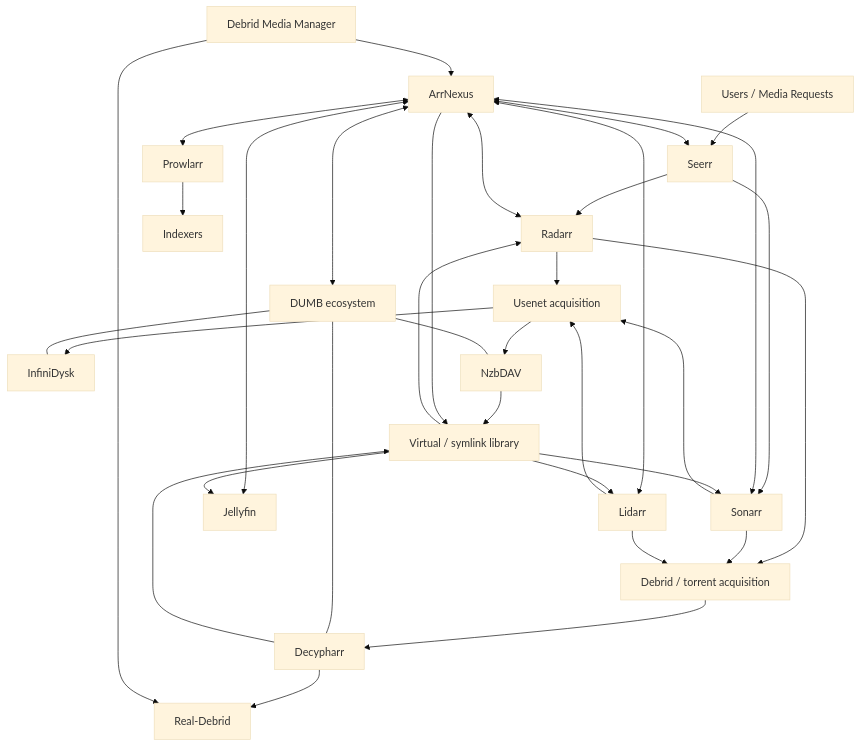
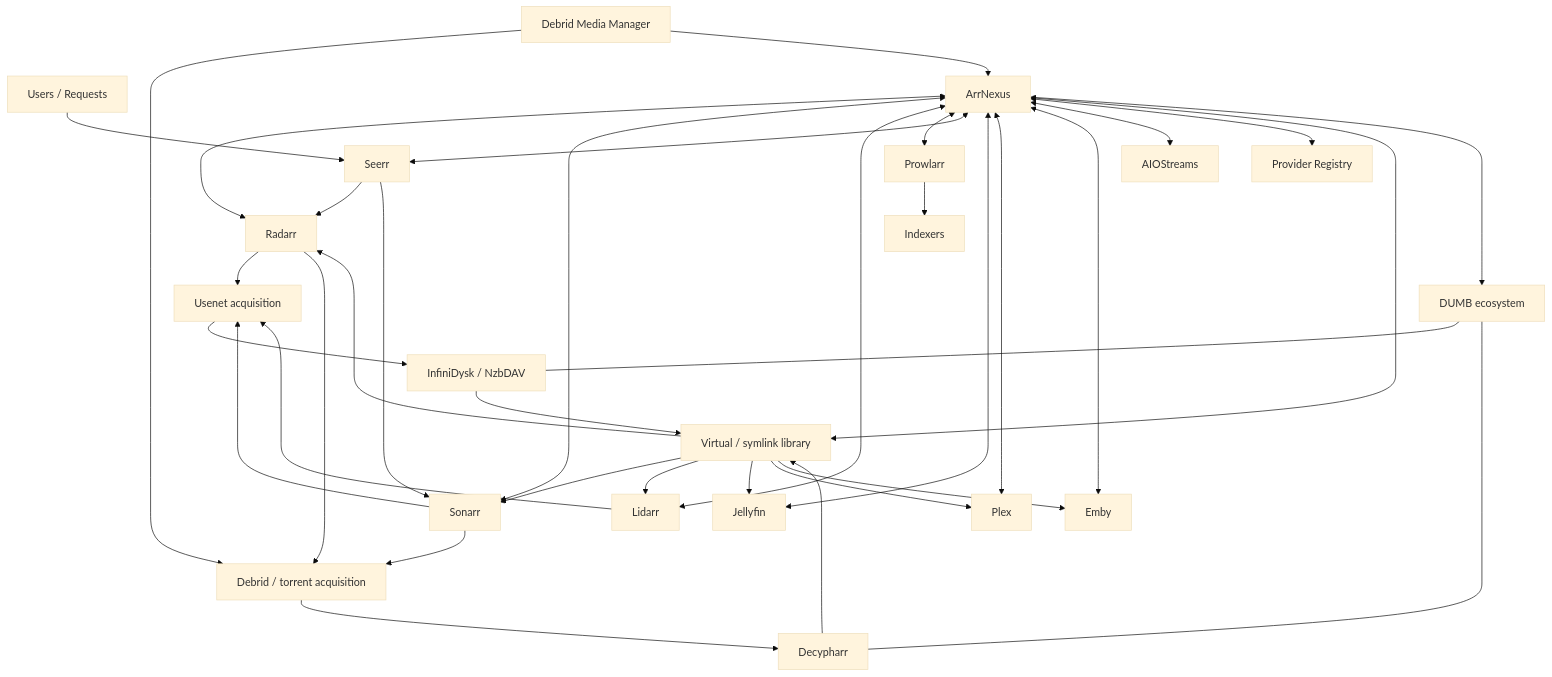
The diagram in README.md (Fudmonk95/ArrNexus), drawn with Mermaid (base theme) before and after one commit. The commit also changed other lines of this file and 108 other files, not shown here.

````diff
--- a/README.md
+++ b/README.md
@@ -61,46 +124,49 @@
 ```mermaid
 flowchart TD
-    USER[Users / Media Requests] --> SEERR[Seerr]
+    USERS[Users / Requests] --> SEERR[Seerr]
     SEERR --> RADARR[Radarr]
     SEERR --> SONARR[Sonarr]
 
     ARRNEXUS[ArrNexus] <--> RADARR
     ARRNEXUS <--> SONARR
     ARRNEXUS <--> LIDARR[Lidarr]
     ARRNEXUS <--> PROWLARR[Prowlarr]
     ARRNEXUS <--> SEERR
-    ARRNEXUS <--> JELLYFIN[Jellyfin]
+
+    ARRNEXUS <--> JF[Jellyfin]
+    ARRNEXUS <--> PLEX[Plex]
+    ARRNEXUS <--> EMBY[Emby]
 
     PROWLARR --> INDEXERS[Indexers]
 
     RADARR --> USENET[Usenet acquisition]
     SONARR --> USENET
     LIDARR --> USENET
 
     RADARR --> DEBRID[Debrid / torrent acquisition]
     SONARR --> DEBRID
-    LIDARR --> DEBRID
 
-    USENET --> INFINIDYSK[InfiniDysk]
-    USENET --> NZBDAV[NzbDAV]
+    USENET --> INFINI[InfiniDysk / NzbDAV]
+    DEBRID --> DECYPHARR[Decypharr]
 
-    DEBRID --> DECYPHARR[Decypharr]
-    DECYPHARR --> RD[Real-Debrid]
-
-    DMM[Debrid Media Manager] --> RD
+    DMM[Debrid Media Manager] --> DEBRID
     DMM --> ARRNEXUS
 
-    NZBDAV --> VIRTUAL[Virtual / symlink library]
+    ARRNEXUS <--> AIO[AIOStreams]
+    ARRNEXUS <--> PROVIDERS[Provider Registry]
+
+    INFINI --> VIRTUAL[Virtual / symlink library]
     DECYPHARR --> VIRTUAL
     ARRNEXUS --> VIRTUAL
 
     VIRTUAL --> RADARR
     VIRTUAL --> SONARR
     VIRTUAL --> LIDARR
-    VIRTUAL --> JELLYFIN
+    VIRTUAL --> JF
+    VIRTUAL --> PLEX
+    VIRTUAL --> EMBY
 
-    DUMB[DUMB ecosystem] --- NZBDAV
+    DUMB[DUMB ecosystem] --- INFINI
     DUMB --- DECYPHARR
-    DUMB --- INFINIDYSK
     ARRNEXUS <--> DUMB
 ```
````
